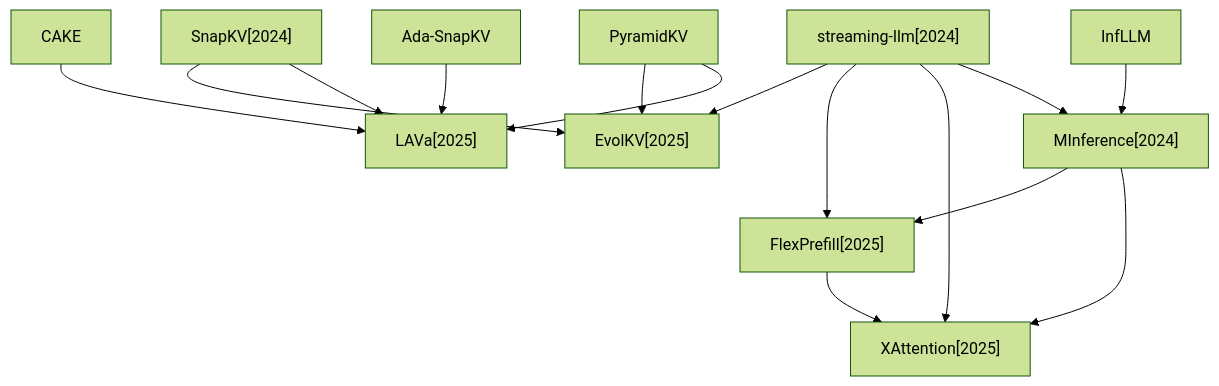
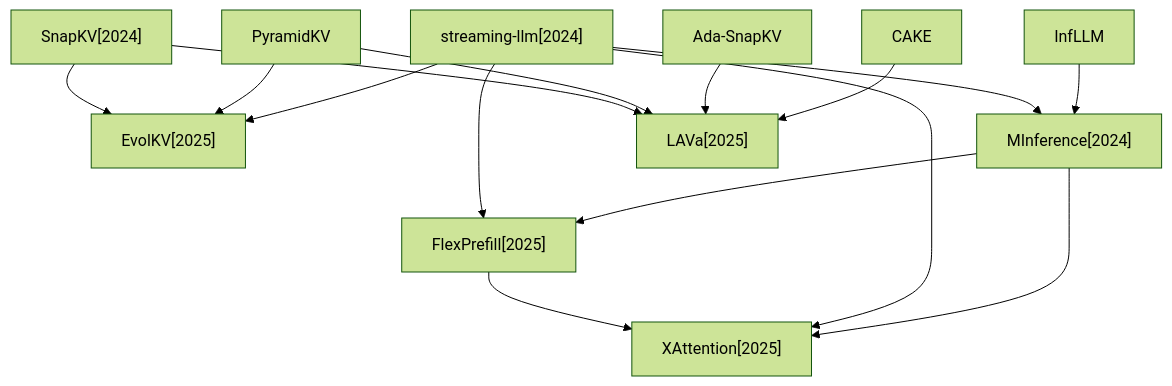
Before and after one commit to hustzxd/EfficientPaper: the third of 4 diagrams in docs/baseline_methods_graph.md, drawn with Mermaid (forest theme). The commit also changed other lines of this file and 24 other files, not shown here.

````diff
--- a/docs/baseline_methods_graph.md
+++ b/docs/baseline_methods_graph.md
@@ -44,28 +44,28 @@
 ```mermaid
 flowchart TD
-    2025_LAVa["LAVa[2025]"]
+    CAKE["CAKE"]
     2025_EvolKV["EvolKV[2025]"]
     InfLLM["InfLLM"]
+    Ada_SnapKV["Ada-SnapKV"]
+    2024_MInference["MInference[2024]"]
+    2024_streaming_llm["streaming-llm[2024]"]
+    PyramidKV["PyramidKV"]
     2025_FlexPrefill["FlexPrefill[2025]"]
+    2025_XAttention["XAttention[2025]"]
+    2025_LAVa["LAVa[2025]"]
     2024_SnapKV["SnapKV[2024]"]
-    CAKE["CAKE"]
-    2024_streaming_llm["streaming-llm[2024]"]
-    Ada_SnapKV["Ada-SnapKV"]
-    PyramidKV["PyramidKV"]
-    2024_MInference["MInference[2024]"]
-    2025_XAttention["XAttention[2025]"]
+    CAKE --> 2025_LAVa
     InfLLM --> 2024_MInference
-    2025_FlexPrefill --> 2025_XAttention
-    2024_SnapKV --> 2025_EvolKV
-    2024_SnapKV --> 2025_LAVa
-    CAKE --> 2025_LAVa
+    Ada_SnapKV --> 2025_LAVa
+    2024_MInference --> 2025_FlexPrefill
+    2024_MInference --> 2025_XAttention
     2024_streaming_llm --> 2025_EvolKV
     2024_streaming_llm --> 2025_FlexPrefill
     2024_streaming_llm --> 2025_XAttention
     2024_streaming_llm --> 2024_MInference
-    Ada_SnapKV --> 2025_LAVa
     PyramidKV --> 2025_EvolKV
     PyramidKV --> 2025_LAVa
-    2024_MInference --> 2025_FlexPrefill
-    2024_MInference --> 2025_XAttention
+    2025_FlexPrefill --> 2025_XAttention
+    2024_SnapKV --> 2025_EvolKV
+    2024_SnapKV --> 2025_LAVa
 ```
````
